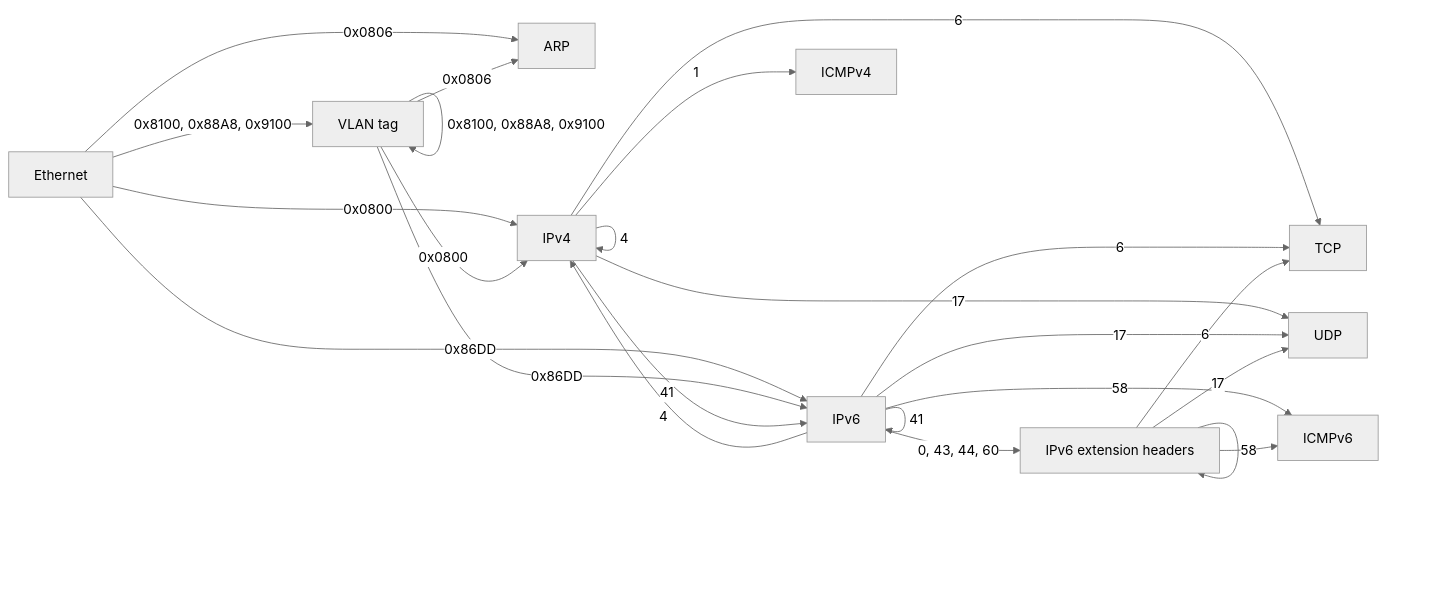
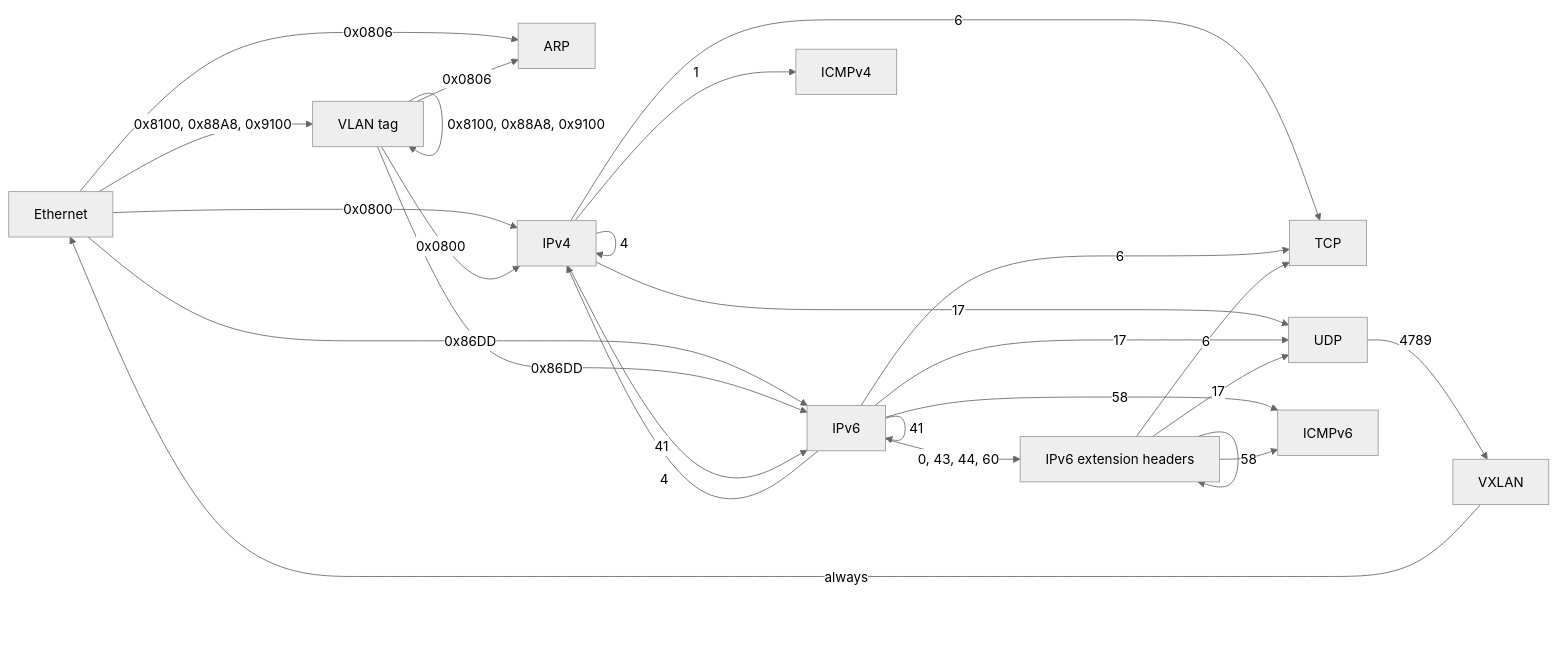
The diagram in ARCHITECTURE.md (EONRaider/NETProtocols), drawn with Mermaid (neutral theme) before and after one commit. The commit also changed other lines of this file and 23 other files, not shown here.

````diff
--- a/ARCHITECTURE.md
+++ b/ARCHITECTURE.md
@@ -225,26 +225,28 @@
 ```mermaid
 flowchart LR
   E[Ethernet] -->|0x0806| A[ARP]
   E -->|0x0800| I4[IPv4]
   E -->|0x86DD| I6[IPv6]
   E -->|0x8100, 0x88A8, 0x9100| V[VLAN tag]
   V -->|0x8100, 0x88A8, 0x9100| V
   V -->|0x0806| A
   V -->|0x0800| I4
   V -->|0x86DD| I6
   I4 -->|1| IC4[ICMPv4]
   I4 -->|6| T[TCP]
   I4 -->|17| U[UDP]
   I6 -->|58| IC6[ICMPv6]
   I6 -->|6| T
   I6 -->|17| U
   I4 -->|4| I4
   I4 -->|41| I6
   I6 -->|4| I4
   I6 -->|41| I6
   I6 -->|0, 43, 44, 60| X[IPv6 extension headers]
   X --> X
   X -->|58| IC6
   X -->|6| T
   X -->|17| U
+  U -->|4789| VX[VXLAN]
+  VX -->|always| E
 ```
````
